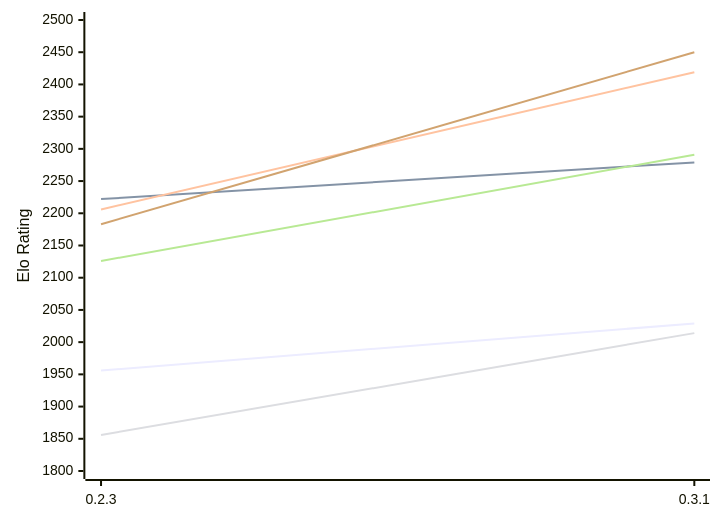
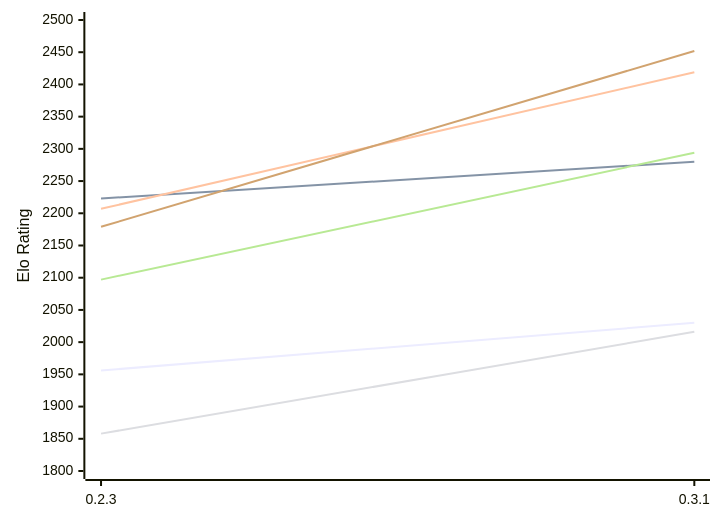
Before and after one commit to computer-chess-index/cci: the first of 2 diagrams in engines/Lolbot.md, drawn with Mermaid. The commit also changed other lines of this file, not shown here.

Commit message:
Update CCI Ratings (ELO VLTC) - 2026-11-20

````diff
--- a/engines/Lolbot.md
+++ b/engines/Lolbot.md
@@ -53,12 +53,12 @@
 ```mermaid
 %%{init: {"theme":"base","themeVariables":{"seriesColors:['#a3a3a3','#222221','#faa371']}}}%%
 xychart-beta
   x-axis ["0.2.3", "0.3.1"]
   y-axis "Elo Rating" 1800 --> 2500
-  line "E1: STC (8.0+0.08s)" [1956, 2029]
-  line "E1: LTC (60.0+0.60s)" [2222, 2279]
-  line "E1: VLTC (2m24s+1.12s)" [2206, 2419]
-  line "P1: STC (8.0+0.08s)" [1856, 2014]
-  line "P1: LTC (60.0+0.60s)" [2126, 2291]
-  line "P1: VLTC (2m24s+1.12s)" [2183, 2450]
+  line "E1: STC (8.0+0.08s)" [1956, 2030]
+  line "E1: LTC (60.0+0.60s)" [2223, 2280]
+  line "E1: VLTC (2m24s+1.12s)" [2207, 2419]
+  line "P1: STC (8.0+0.08s)" [1858, 2016]
+  line "P1: LTC (60.0+0.60s)" [2097, 2294]
+  line "P1: VLTC (2m24s+1.12s)" [2179, 2452]
 ```
````
